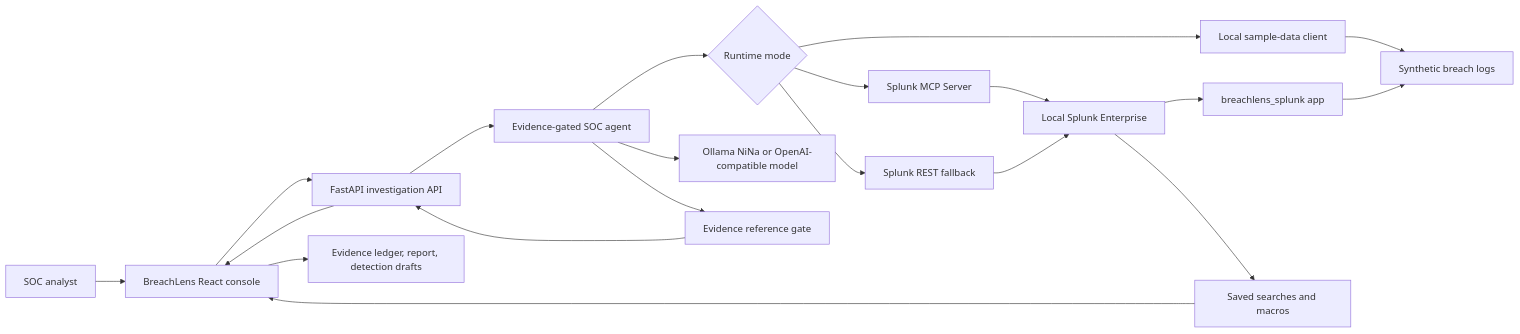
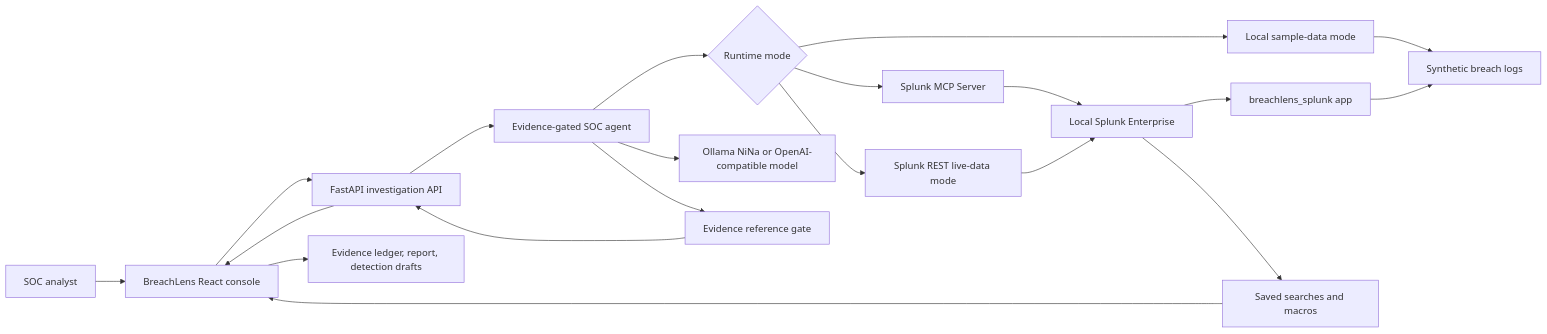
The diagram in architecture_diagram.md (Lockelamoree/BreachLens-Splunk-MCP-SOC-Copilot), drawn with Mermaid before and after one commit. The commit also changed other lines of this file and 5 other files, not shown here.

````diff
--- a/architecture_diagram.md
+++ b/architecture_diagram.md
@@ -3,23 +5,23 @@
 ```mermaid
 flowchart LR
   Analyst["SOC analyst"] --> UI["BreachLens React console"]
   UI --> API["FastAPI investigation API"]
   API --> Agent["Evidence-gated SOC agent"]
   Agent --> Mode{"Runtime mode"}
   Mode --> MCP["Splunk MCP Server"]
-  Mode --> REST["Splunk REST fallback"]
-  Mode --> Sample["Local sample-data client"]
+  Mode --> REST["Splunk REST live-data mode"]
+  Mode --> Sample["Local sample-data mode"]
   MCP --> Splunk["Local Splunk Enterprise"]
   REST --> Splunk
-  Sample --> Data
+  Sample --> Data["Synthetic breach logs"]
   Splunk --> App["breachlens_splunk app"]
-  App --> Data["Synthetic breach logs"]
+  App --> Data
   Agent --> LLM["Ollama NiNa or OpenAI-compatible model"]
   Agent --> Gate["Evidence reference gate"]
   Gate --> API
   API --> UI
 
   Splunk --> Searches["Saved searches and macros"]
   Searches --> UI
   UI --> Exports["Evidence ledger, report, detection drafts"]
 ```
````
